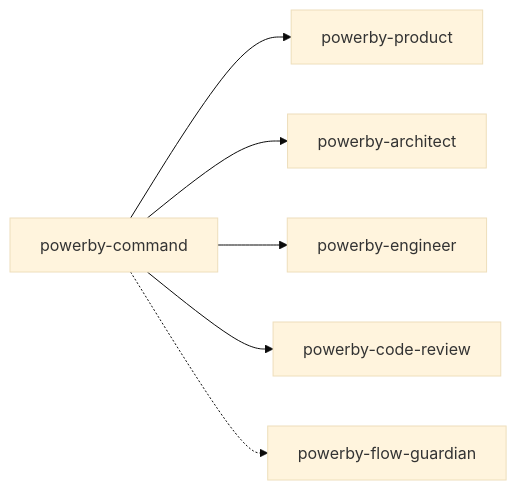
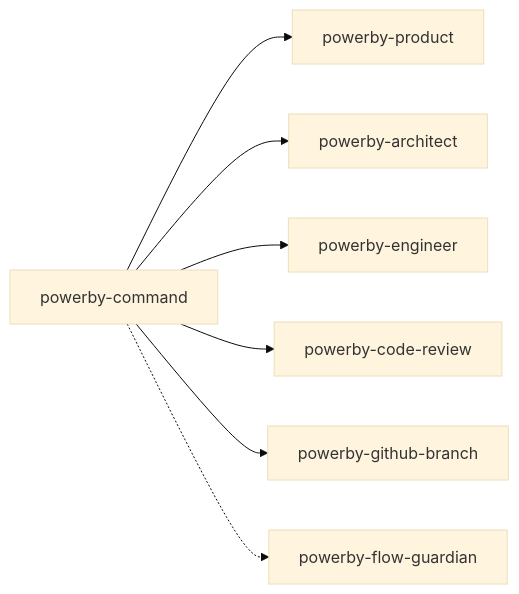
One commit to chenchiyuan/powerby-skills changed the diagram in docs/powerby-command-implementation.md. Above: the diagram before and after it, drawn with Mermaid (base theme). The commit also changed other lines of this file and 6 other files, not shown here.

````diff
--- a/docs/powerby-command-implementation.md
+++ b/docs/powerby-command-implementation.md
@@ -53,8 +78,9 @@
 ```mermaid
 graph LR
     CMD[powerby-command] --> PM[powerby-product]
     CMD --> ARCH[powerby-architect]
     CMD --> ENG[powerby-engineer]
     CMD --> CR[powerby-code-review]
+    CMD --> BRANCH[powerby-github-branch]
     CMD -.-> FG[powerby-flow-guardian]
 ```
````
